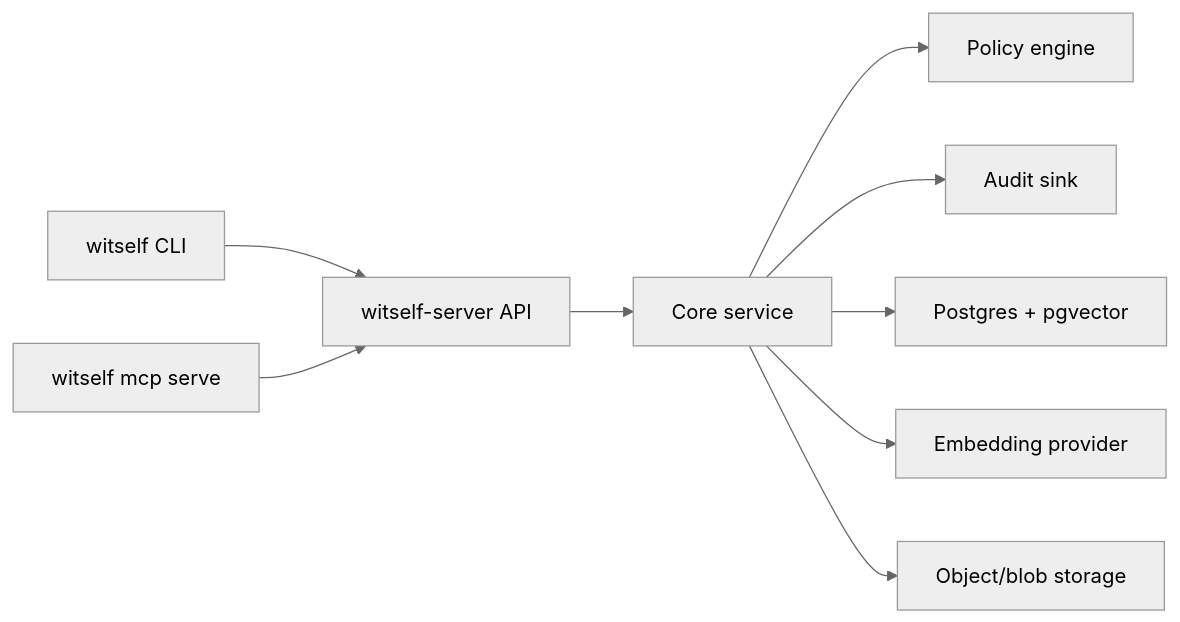
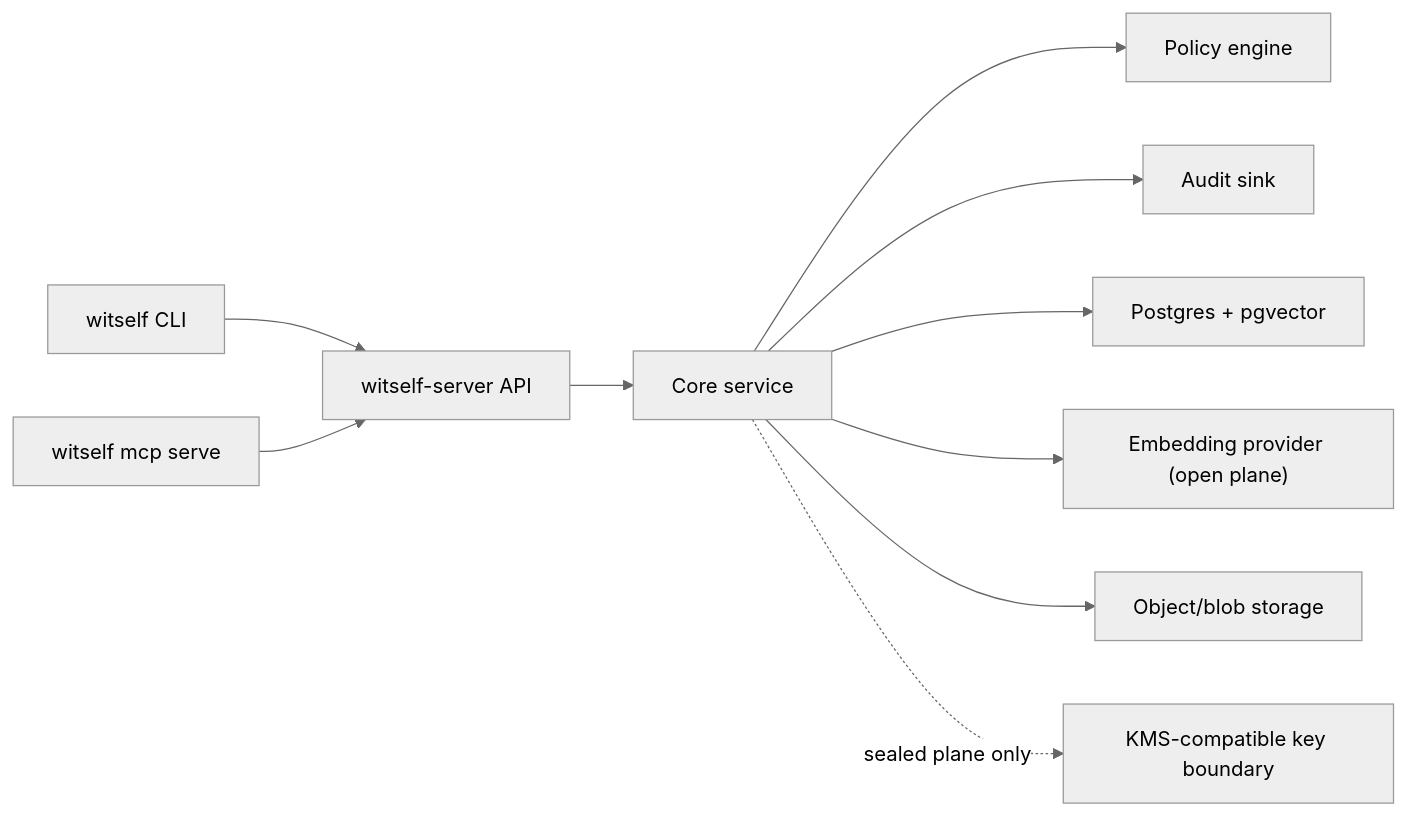
One commit to witwave-ai/witself changed the diagram in docs/self-hosting.md. Above: the diagram before and after it, drawn with Mermaid (neutral theme). The commit also changed other lines of this file and 41 other files, not shown here.

````diff
--- a/docs/self-hosting.md
+++ b/docs/self-hosting.md
@@ -52,11 +57,12 @@
 ```mermaid
 flowchart LR
   CLI["witself CLI"] --> API["witself-server API"]
   MCP["witself mcp serve"] --> API
   API --> Core["Core service"]
   Core --> Policy["Policy engine"]
   Core --> Audit["Audit sink"]
   Core --> Store["Postgres + pgvector"]
-  Core --> Embed["Embedding provider"]
+  Core --> Embed["Embedding provider (open plane)"]
   Core --> Blob["Object/blob storage"]
+  Core -. "sealed plane only" .-> KMS["KMS-compatible key boundary"]
 ```
````
